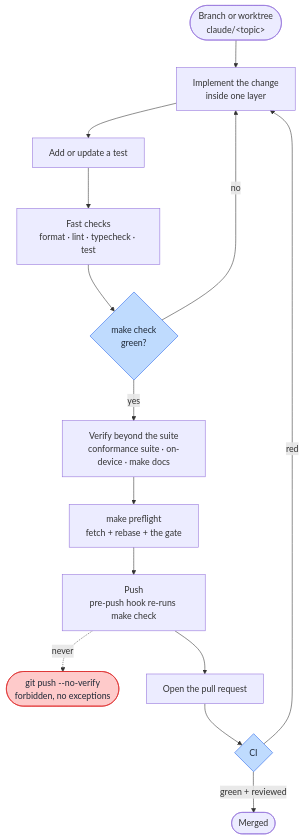
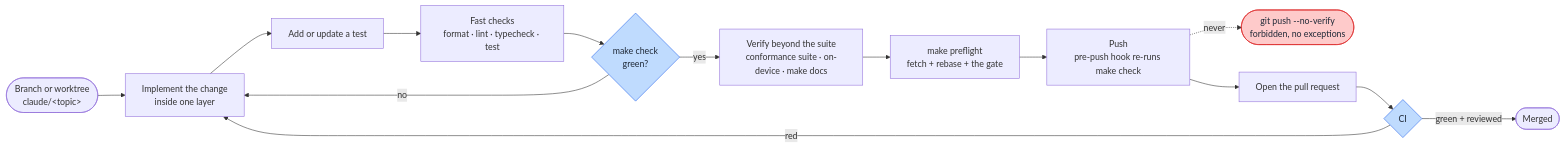
One commit to bajutsu-e2e/bajutsu changed the eighth of 8 diagrams in docs/code-structure.md. Above: the diagram before and after it, drawn with Mermaid. The commit also changed 3 other files, not shown here.

First line of the commit message:
docs(code-structure): lay the routine diagram out horizontally

````diff
--- a/docs/code-structure.md
+++ b/docs/code-structure.md
@@ -1043,27 +1043,27 @@
 ```mermaid
-flowchart TB
+flowchart LR
     branch(["Branch or worktree<br/>claude/&lt;topic&gt;"])
     implement["Implement the change<br/>inside one layer"]
     test["Add or update a test"]
     fast["Fast checks<br/>format · lint · typecheck · test"]
     gate{"make check<br/>green?"}
     verify["Verify beyond the suite<br/>conformance suite · on-device · make docs"]
     preflight["make preflight<br/>fetch + rebase + the gate"]
     push["Push<br/>pre-push hook re-runs make check"]
     noverify(["git push --no-verify<br/>forbidden, no exceptions"])
     pr["Open the pull request"]
     ci{"CI"}
     done(["Merged"])
 
     branch --> implement --> test --> fast --> gate
     gate -->|no| implement
     gate -->|yes| verify --> preflight --> push --> pr --> ci
     push -.->|never| noverify
     ci -->|red| implement
     ci -->|green + reviewed| done
 
     classDef det fill:#bfdbfe,stroke:#2563eb,color:#1f2937;
     classDef warn fill:#fecaca,stroke:#dc2626,color:#1f2937;
     class gate,ci det
     class noverify warn
 ```
````
